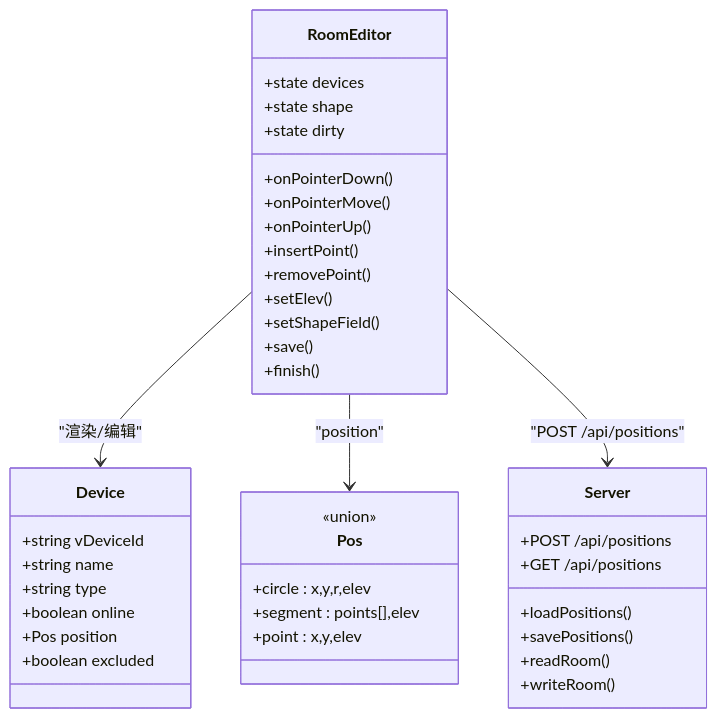
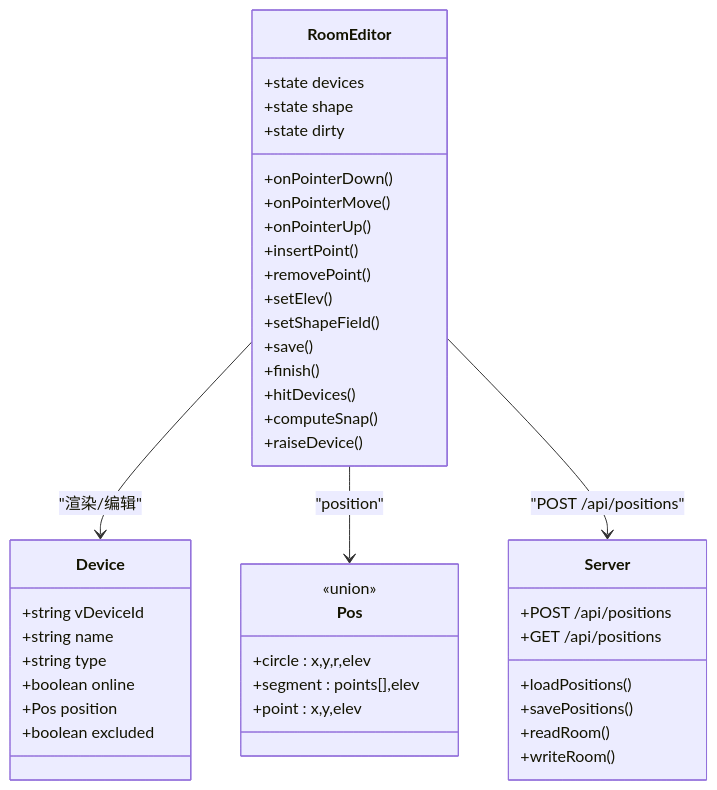
Before and after one commit to zh79325/opple-cloud-adapter: the tenth of 10 diagrams in .qoder/repowiki/zh/content/Web控制台/布局编辑器.md, drawn with Mermaid. The commit also changed other lines of this file and 29 other files, not shown here.

````diff
--- a/.qoder/repowiki/zh/content/Web控制台/布局编辑器.md
+++ b/.qoder/repowiki/zh/content/Web控制台/布局编辑器.md
@@ -324,42 +360,45 @@
 ```mermaid
 classDiagram
 class RoomEditor {
 +state devices
 +state shape
 +state dirty
 +onPointerDown()
 +onPointerMove()
 +onPointerUp()
 +insertPoint()
 +removePoint()
 +setElev()
 +setShapeField()
 +save()
 +finish()
++hitDevices()
++computeSnap()
++raiseDevice()
 }
 class Device {
 +string vDeviceId
 +string name
 +string type
 +boolean online
 +Pos position
 +boolean excluded
 }
 class Pos {
 <<union>>
 +circle : x,y,r,elev
 +segment : points[],elev
 +point : x,y,elev
 }
 class Server {
 +POST /api/positions
 +GET /api/positions
 +loadPositions()
 +savePositions()
 +readRoom()
 +writeRoom()
 }
 RoomEditor --> Device : "渲染/编辑"
 RoomEditor --> Pos : "position"
 RoomEditor --> Server : "POST /api/positions"
 ```
````
